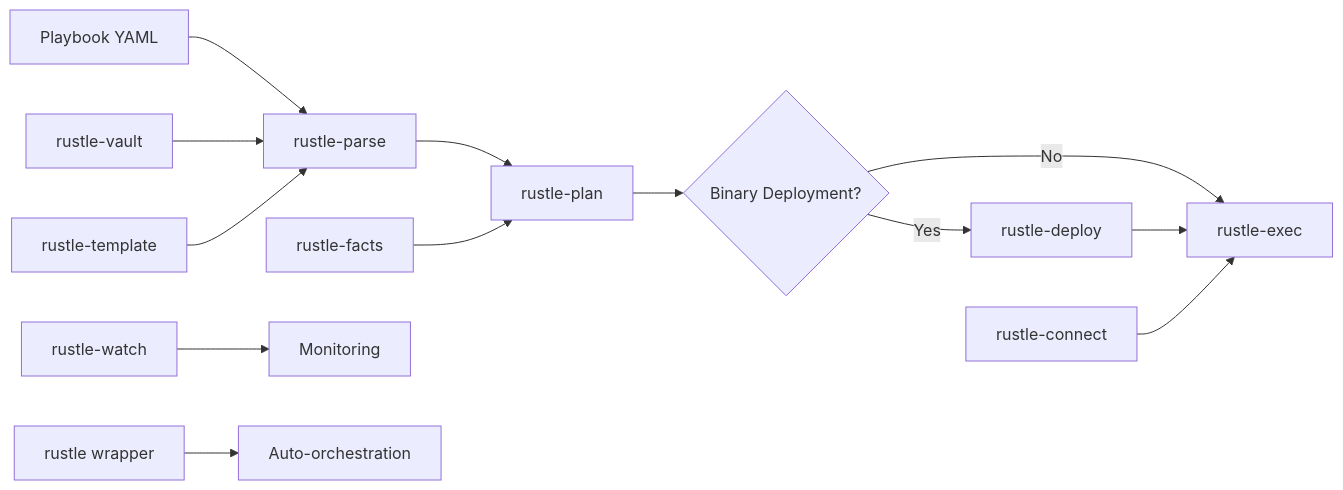
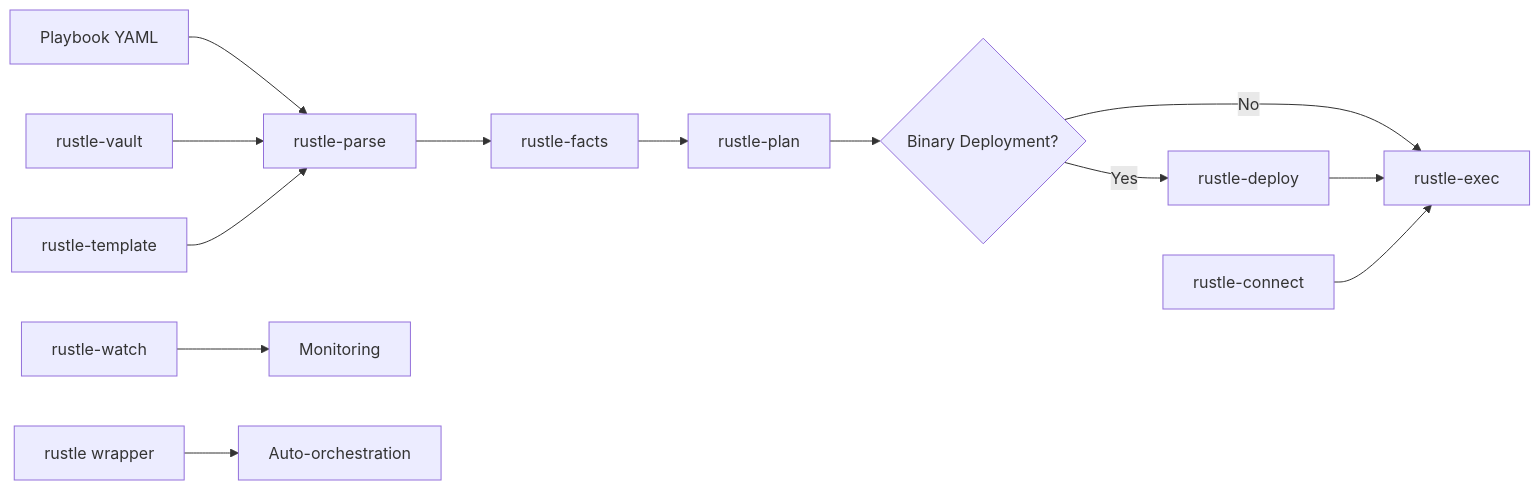
Before and after one commit to iepathos/rustle-parse: the diagram in docs/modular-architecture-design.md, drawn with Mermaid. The commit also changed other lines of this file, not shown here.

````diff
--- a/docs/modular-architecture-design.md
+++ b/docs/modular-architecture-design.md
@@ -33,15 +33,15 @@
 ```mermaid
 graph LR
     A[Playbook YAML] --> B[rustle-parse]
-    B --> C[rustle-plan]
+    B --> G[rustle-facts]
+    G --> C[rustle-plan]
     C --> D{Binary Deployment?}
     D -->|Yes| E[rustle-deploy]
     D -->|No| F[rustle-exec]
     E --> F
-    G[rustle-facts] --> C
     H[rustle-connect] --> F
     I[rustle-vault] --> B
     J[rustle-template] --> B
     K[rustle-watch] --> L[Monitoring]
     M[rustle wrapper] --> N[Auto-orchestration]
 ```
````
